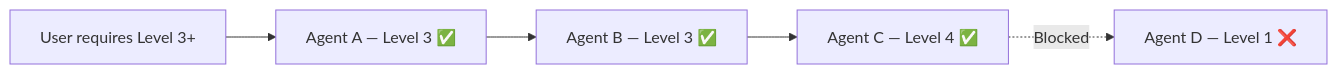
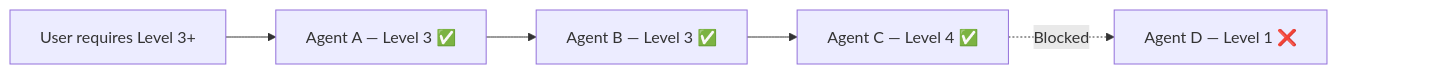
The fourth of 4 diagrams in README.md (StevenJohnson998/agent-data-handling-policy), drawn with Mermaid before and after one commit. The commit also changed other lines of this file, not shown here.

Commit message:
fix visual bug on flowcharts

````diff
--- a/README.md
+++ b/README.md
@@ -109,7 +113,9 @@
 ```mermaid
 flowchart LR
     U[User requires Level 3+] --> A[Agent A — Level 3 ✅]
     A --> B[Agent B — Level 3 ✅]
     B --> C[Agent C — Level 4 ✅]
     C -.->|Blocked| D[Agent D — Level 1 ❌]
+    D ~~~ S[ ]
+    style S fill:none,stroke:none
 ```
````
